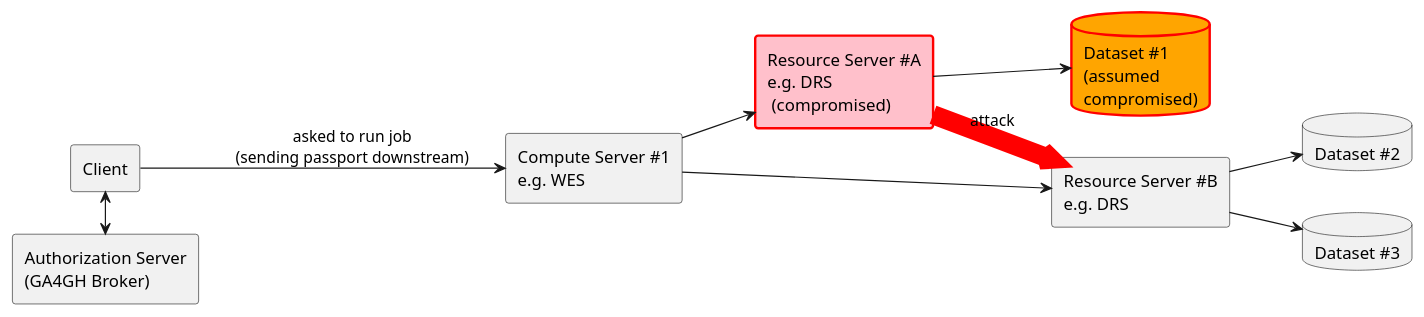
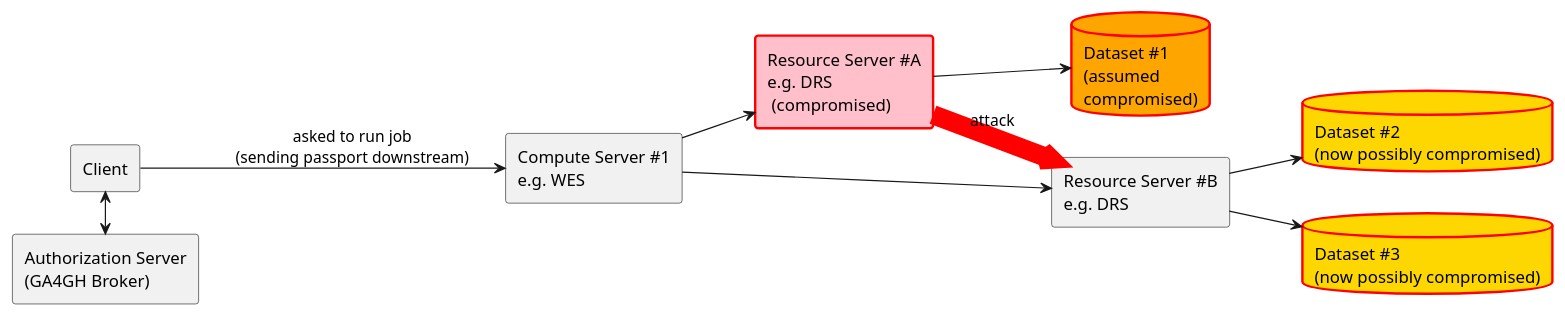
The third of 3 diagrams in AAI/FAQ.md (ga4gh/data-security), drawn with PlantUML before and after one commit. The commit also changed other lines of this file, not shown here.

```diff
--- a/AAI/FAQ.md
+++ b/AAI/FAQ.md
@@ -444,25 +445,25 @@
 {% plantuml %}
 left to right direction
 
 rectangle Client 
 rectangle "Compute Server #1\ne.g. WES" as Compute
 rectangle "Resource Server #A\ne.g. DRS\n (compromised)" as RSA #pink;line:red;line.bold
 rectangle "Resource Server #B\ne.g. DRS" as RSB
 rectangle "Authorization Server\n(GA4GH Broker)" as Auth
 database "Dataset #1\n(assumed\ncompromised)" as DS1 #orange;line:red;line.bold
-database "Dataset #2" as DS2
-database "Dataset #3" as DS3
+database "Dataset #2\n(now possibly compromised)" as DS2 #gold;line:red;line.bold
+database "Dataset #3\n(now possibly compromised)" as DS3 #gold;line:red;line.bold
 
 [Client] <---right---> [Auth]
 
 [RSA] --> [DS1]
 [RSB] --> [DS2]
 [RSB] --> [DS3]
 
 [Client] --> [Compute] : asked to run job\n(sending passport downstream)
 [Compute] --> [RSA]
 [Compute] --> [RSB]
 
 [RSA] -[#red,plain,thickness=16]-> [RSB] : attack
 
 {% endplantuml %}
```
